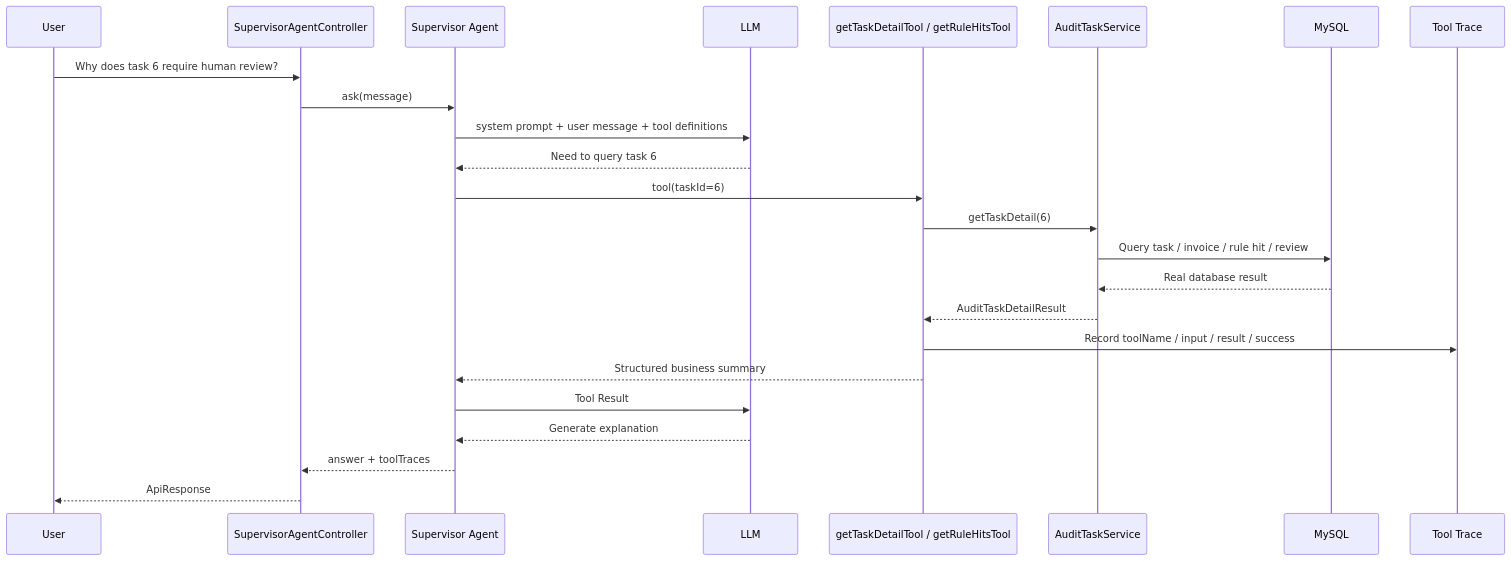
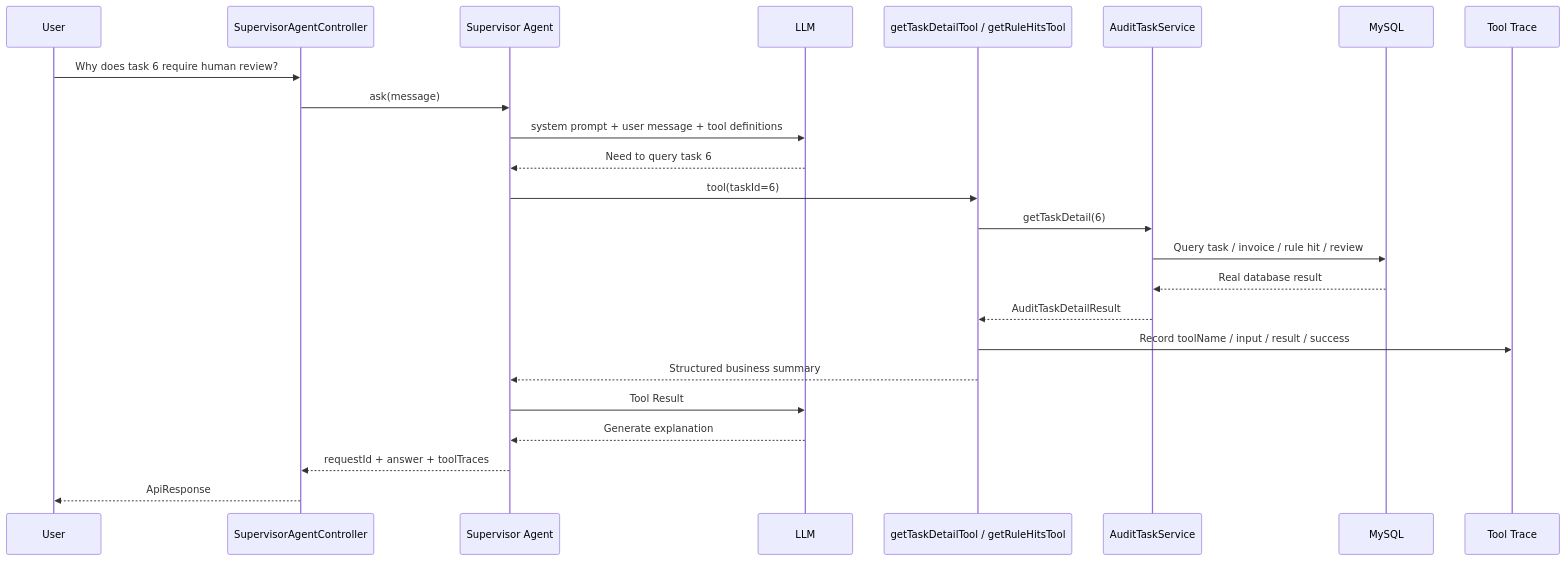
Before and after one commit to Chuan1130/invoice-agent-system: the fourth of 6 diagrams in README.md, drawn with Mermaid. The commit also changed other lines of this file and 11 other files, not shown here.

Commit message:
feat: persist request-scoped tool traces and test supervisor callbacks

````diff
--- a/README.md
+++ b/README.md
@@ -214,27 +215,27 @@
 ```mermaid
 sequenceDiagram
     participant U as User
     participant C as SupervisorAgentController
     participant S as Supervisor Agent
     participant L as LLM
     participant T as getTaskDetailTool / getRuleHitsTool
     participant BS as AuditTaskService
     participant DB as MySQL
     participant TR as Tool Trace
 
     U->>C: Why does task 6 require human review?
     C->>S: ask(message)
     S->>L: system prompt + user message + tool definitions
     L-->>S: Need to query task 6
     S->>T: tool(taskId=6)
     T->>BS: getTaskDetail(6)
     BS->>DB: Query task / invoice / rule hit / review
     DB-->>BS: Real database result
     BS-->>T: AuditTaskDetailResult
     T->>TR: Record toolName / input / result / success
     T-->>S: Structured business summary
     S->>L: Tool Result
     L-->>S: Generate explanation
-    S-->>C: answer + toolTraces
+    S-->>C: requestId + answer + toolTraces
     C-->>U: ApiResponse
 ```
````
